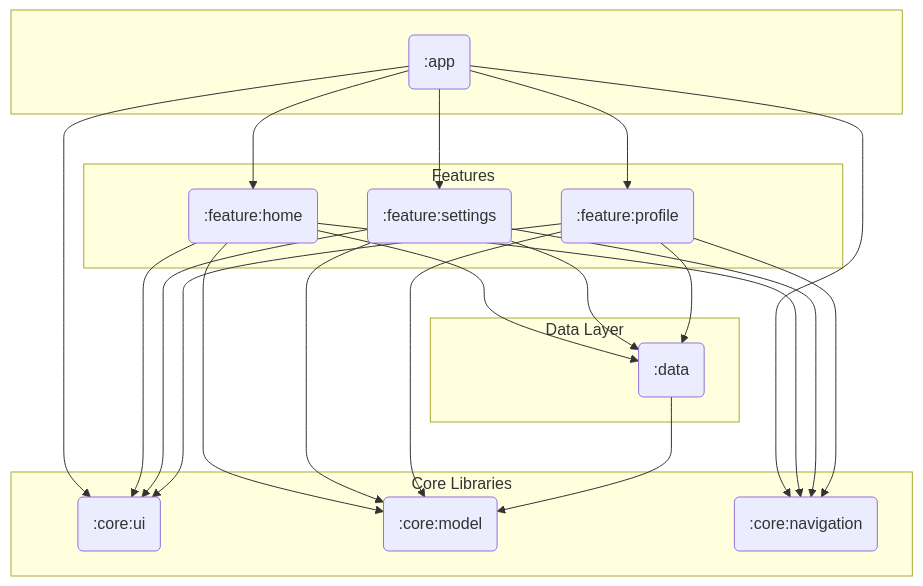
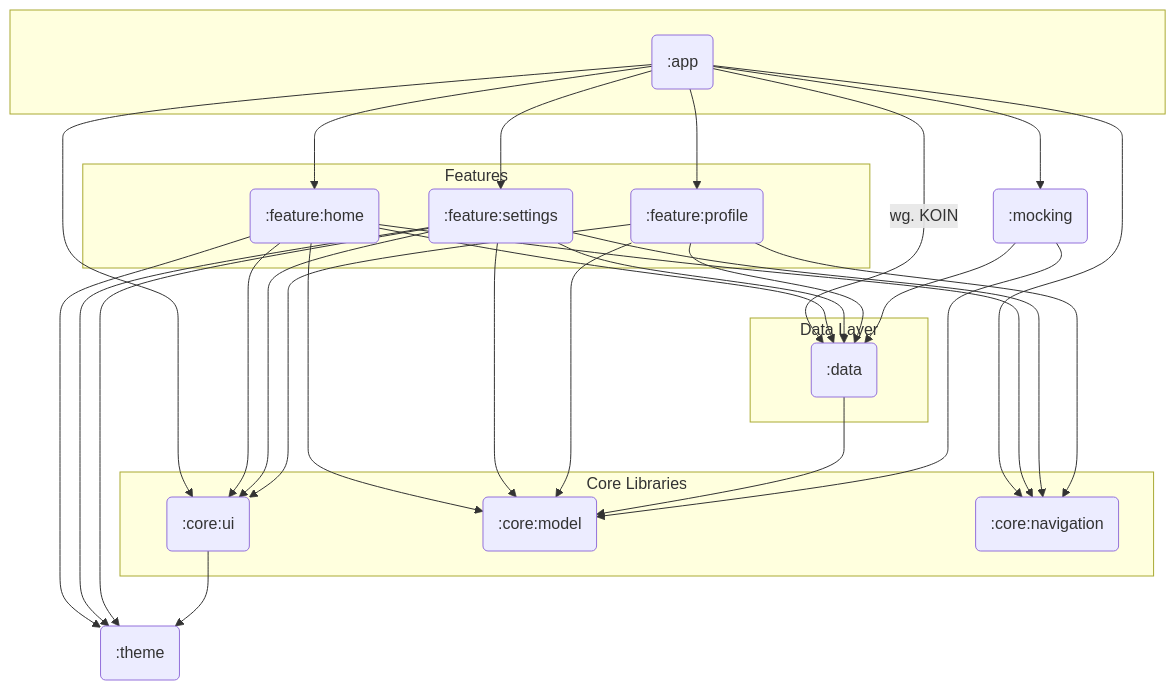
The diagram in Modulaufteilung.md (GeosphereWeb/NewSpeechPlan), drawn with Mermaid before and after one commit. The commit also changed 133 other files, not shown here.

````diff
--- a/Modulaufteilung.md
+++ b/Modulaufteilung.md
@@ -51,45 +51,59 @@
 ```mermaid
 graph TD
-subgraph " "
-app(":app")
-end
+    subgraph " "
+        app(":app")
+    end
 
     subgraph "Features"
         feature_home(":feature:home")
         feature_settings(":feature:settings")
         feature_profile(":feature:profile")
     end
 
     subgraph "Core Libraries"
         core_ui(":core:ui")
         core_model(":core:model")
         core_navigation(":core:navigation")
     end
 
     subgraph "Data Layer"
         data(":data")
     end
+  
+    theme(":theme")
+    mocking(":mocking")
 
     app --> feature_home
     app --> feature_settings
     app --> feature_profile
     app --> core_ui
     app --> core_navigation
+    app --> mocking
+    app -- wg. KOIN --> data
+
 
     feature_home --> core_ui
     feature_home --> core_model
     feature_home --> core_navigation
     feature_home --> data
+    feature_home --> theme
 
     feature_settings --> core_ui
     feature_settings --> core_model
     feature_settings --> core_navigation
     feature_settings --> data
+    feature_settings --> theme
   
     feature_profile --> core_ui
     feature_profile --> core_model
     feature_profile --> core_navigation
     feature_profile --> data
+    feature_settings --> theme
+  
+    core_ui --> theme
 
     data --> core_model
+  
+    mocking --> core_model
+    mocking --> data
 ```
````
